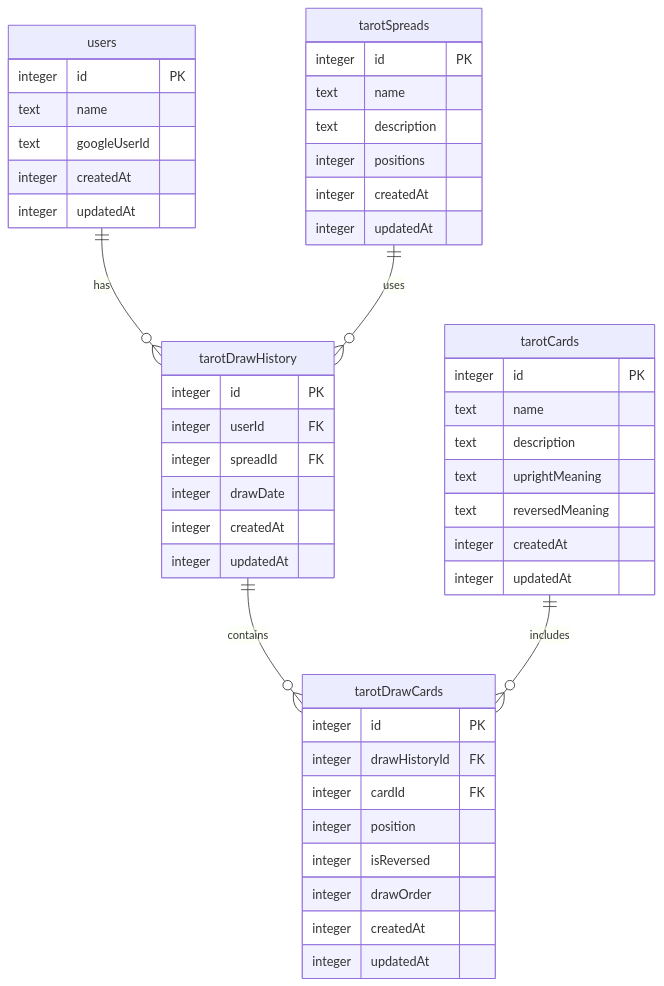
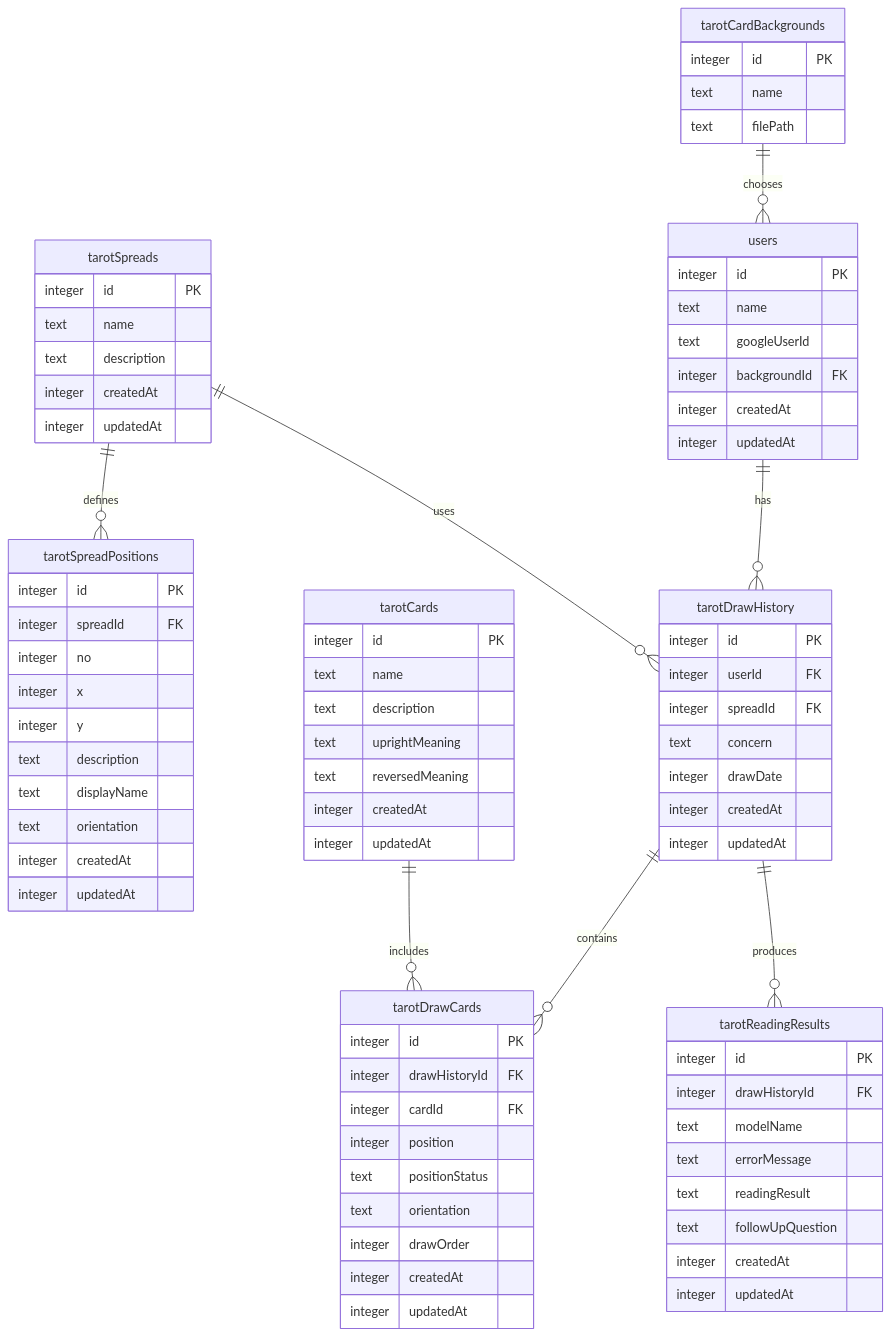
The diagram in README.md (himanushi/ai-tarot), drawn with Mermaid before and after one commit.

Commit message:
データベース構造の更新

````diff
--- a/README.md
+++ b/README.md
@@ -4,6 +4,7 @@
         integer id PK
         text name
         text googleUserId
+        integer backgroundId FK
         integer createdAt
         integer updatedAt
     }
@@ -12,7 +13,19 @@
         integer id PK
         text name
         text description
-        integer positions
+        integer createdAt
+        integer updatedAt
+    }
+
+    tarotSpreadPositions {
+        integer id PK
+        integer spreadId FK
+        integer no
+        integer x
+        integer y
+        text description
+        text displayName
+        text orientation
         integer createdAt
         integer updatedAt
     }
@@ -31,6 +44,7 @@
         integer id PK
         integer userId FK
         integer spreadId FK
+        text concern
         integer drawDate
         integer createdAt
         integer updatedAt
@@ -41,14 +55,35 @@
         integer drawHistoryId FK
         integer cardId FK
         integer position
-        integer isReversed
+        text positionStatus
+        text orientation
         integer drawOrder
+        integer createdAt
+        integer updatedAt
+    }
+
+    tarotCardBackgrounds {
+        integer id PK
+        text name
+        text filePath
+    }
+
+    tarotReadingResults {
+        integer id PK
+        integer drawHistoryId FK
+        text modelName
+        text errorMessage
+        text readingResult
+        text followUpQuestion
         integer createdAt
         integer updatedAt
     }
 
     users ||--o{ tarotDrawHistory : "has"
     tarotSpreads ||--o{ tarotDrawHistory : "uses"
+    tarotSpreads ||--o{ tarotSpreadPositions : "defines"
     tarotDrawHistory ||--o{ tarotDrawCards : "contains"
     tarotCards ||--o{ tarotDrawCards : "includes"
+    tarotCardBackgrounds ||--o{ users : "chooses"
+    tarotDrawHistory ||--o{ tarotReadingResults : "produces"
 ```
````
